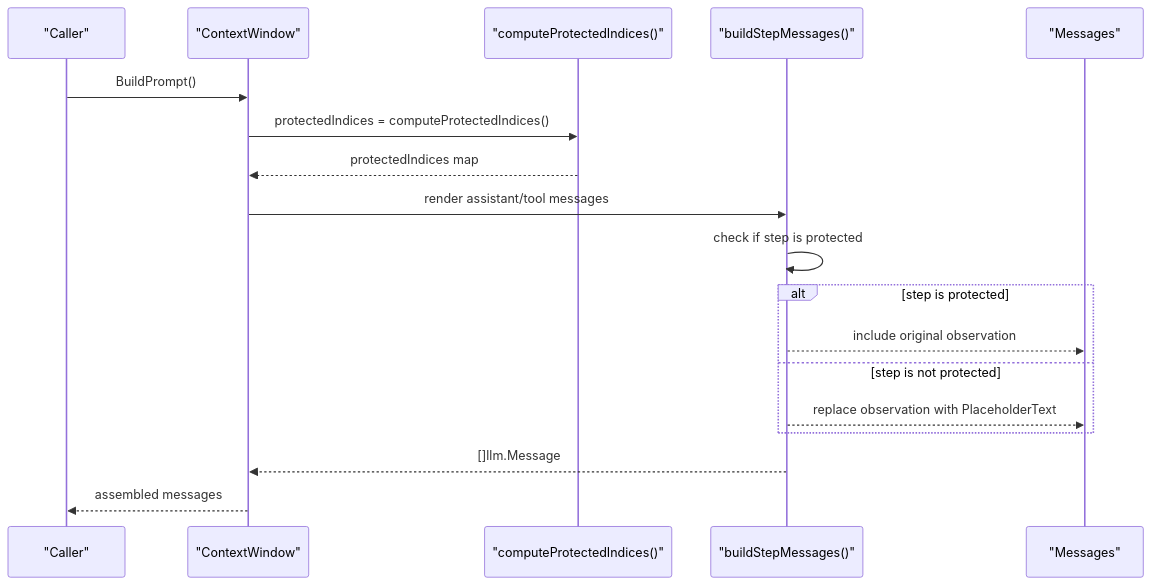
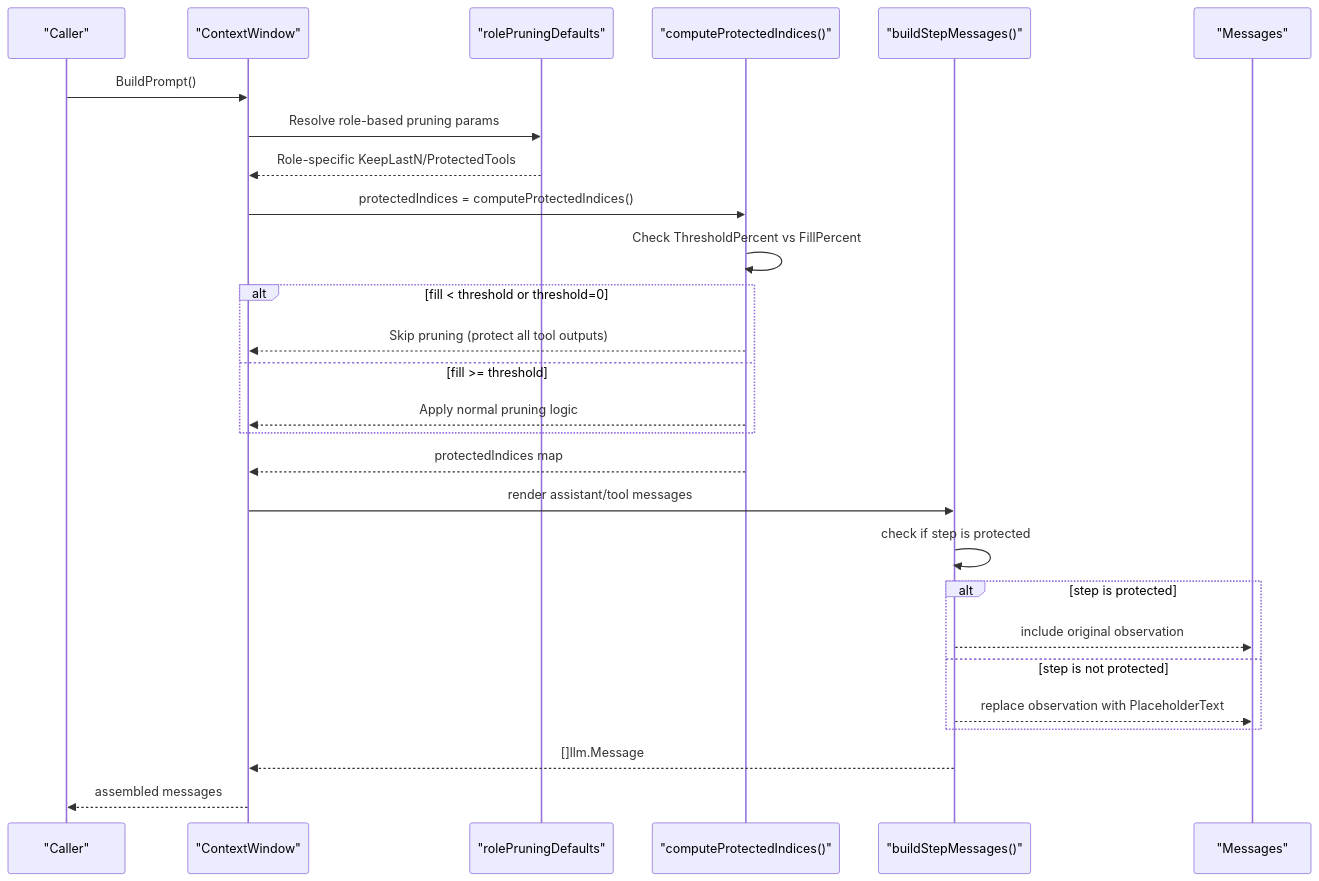
One commit to v0lka/c0wrk changed the second of 5 diagrams in .qoder/repowiki/en/content/Memory and Context Management/Tool Output Pruning.md. Above: the diagram before and after it, drawn with Mermaid. The commit also changed other lines of this file and 49 other files, not shown here.

````diff
--- a/.qoder/repowiki/en/content/Memory and Context Management/Tool Output Pruning.md
+++ b/.qoder/repowiki/en/content/Memory and Context Management/Tool Output Pruning.md
@@ -82,20 +109,29 @@
 ```mermaid
 sequenceDiagram
 participant Caller as "Caller"
 participant CW as "ContextWindow"
+participant RP as "rolePruningDefaults"
 participant PI as "computeProtectedIndices()"
 participant BM as "buildStepMessages()"
 participant MSG as "Messages"
 Caller->>CW : BuildPrompt()
+CW->>RP : Resolve role-based pruning params
+RP-->>CW : Role-specific KeepLastN/ProtectedTools
 CW->>PI : protectedIndices = computeProtectedIndices()
+PI->>PI : Check ThresholdPercent vs FillPercent
+alt fill < threshold or threshold=0
+PI-->>CW : Skip pruning (protect all tool outputs)
+else fill >= threshold
+PI-->>CW : Apply normal pruning logic
+end
 PI-->>CW : protectedIndices map
 CW->>BM : render assistant/tool messages
 BM->>BM : check if step is protected
 alt step is protected
 BM-->>MSG : include original observation
 else step is not protected
 BM-->>MSG : replace observation with PlaceholderText
 end
 BM-->>CW : []llm.Message
 CW-->>Caller : assembled messages
 ```
````
